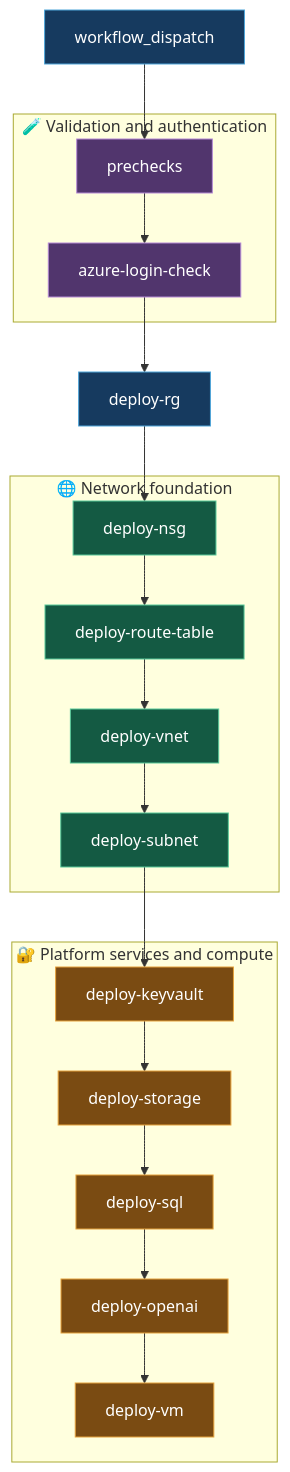
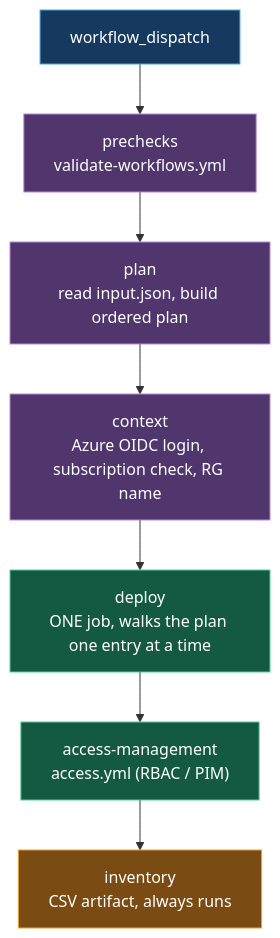
Before and after one commit to PROMETHEUS-N/pike_infra_eaas: the third of 5 diagrams in README.md, drawn with Mermaid. The commit also changed other lines of this file and 40 other files, not shown here.

````diff
--- a/README.md
+++ b/README.md
@@ -254,43 +255,18 @@
 ```mermaid
 flowchart TD
-    A["workflow_dispatch"] --> B["prechecks"]
-    B --> C["azure-login-check"]
-    C --> D["deploy-rg"]
-    D --> E["deploy-nsg"]
-    E --> F["deploy-route-table"]
-    F --> G["deploy-vnet"]
-    G --> H["deploy-subnet"]
-    H --> I["deploy-keyvault"]
-    I --> J["deploy-storage"]
-    J --> K["deploy-sql"]
-    K --> L["deploy-openai"]
-    L --> M["deploy-vm"]
-
-    subgraph VALIDATION["🧪 Validation and authentication"]
-      B
-      C
-    end
-    subgraph NETWORK["🌐 Network foundation"]
-      E
-      F
-      G
-      H
-    end
-    subgraph SERVICES["🔐 Platform services and compute"]
-      I
-      J
-      K
-      L
-      M
-    end
+    A["workflow_dispatch"] --> B["prechecks<br/>validate-workflows.yml"]
+    B --> C["plan<br/>read input.json, build ordered plan"]
+    C --> D["context<br/>Azure OIDC login, subscription check, RG name"]
+    D --> E["deploy<br/>ONE job, walks the plan one entry at a time"]
+    E --> F["access-management<br/>access.yml (RBAC / PIM)"]
+    F --> G["inventory<br/>CSV artifact, always runs"]
 
     classDef start fill:#163A5F,stroke:#4EA5D9,color:#fff
     classDef validation fill:#51356D,stroke:#B58AD6,color:#fff
-    classDef network fill:#145A43,stroke:#58C99A,color:#fff
-    classDef services fill:#7A4B12,stroke:#E6A23C,color:#fff
-
-    class A,D start
-    class B,C validation
-    class E,F,G,H network
-    class I,J,K,L,M services
+    classDef deploy fill:#145A43,stroke:#58C99A,color:#fff
+    classDef report fill:#7A4B12,stroke:#E6A23C,color:#fff
+    class A start
+    class B,C,D validation
+    class E,F deploy
+    class G report
 ```
````
